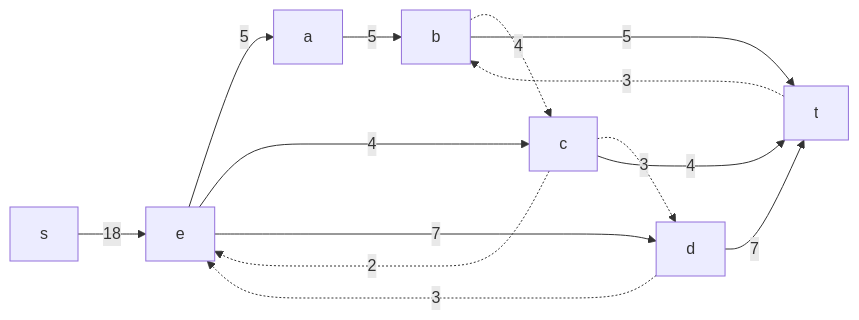
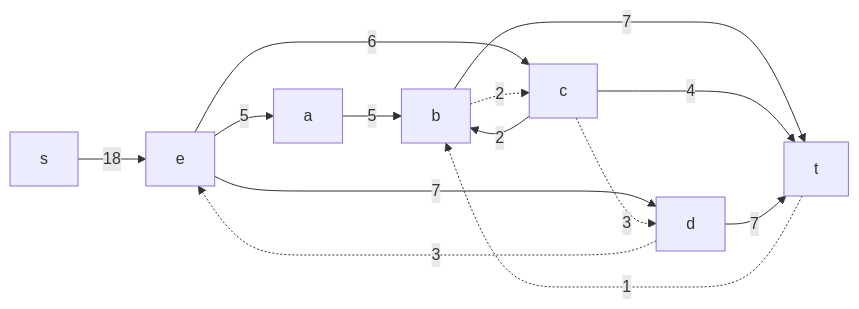
The ninth of 14 diagrams in task-10/pustobek.md (hse-algo-24-raven/manual-tasks-raven), drawn with Mermaid before and after one commit. The commit also changed other lines of this file, not shown here.

````diff
--- a/task-10/pustobek.md
+++ b/task-10/pustobek.md
@@ -206,16 +185,16 @@
 ```mermaid
 graph LR
     s-->|18|e
     e-->|5|a
-    c-.->|2|e
-    e-->|4|c
+    e-->|6|c
     d-.->|3|e
     e-->|7|d
     a-->|5|b
-    b-.->|4|c
+    b-.->|2|c
+    c-->|2|b
     c-.->|3|d
-    b-->|5|t
-    t-.->|3|b
+    b-->|7|t
+    t-.->|1|b
     c-->|4|t
     d-->|7|t
 ```
````
